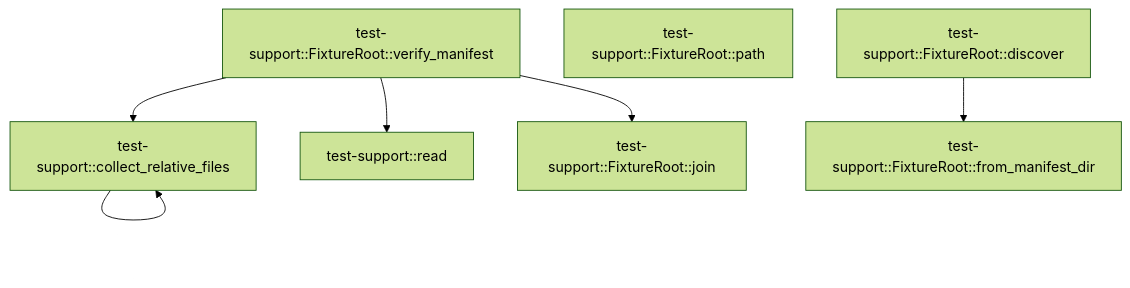
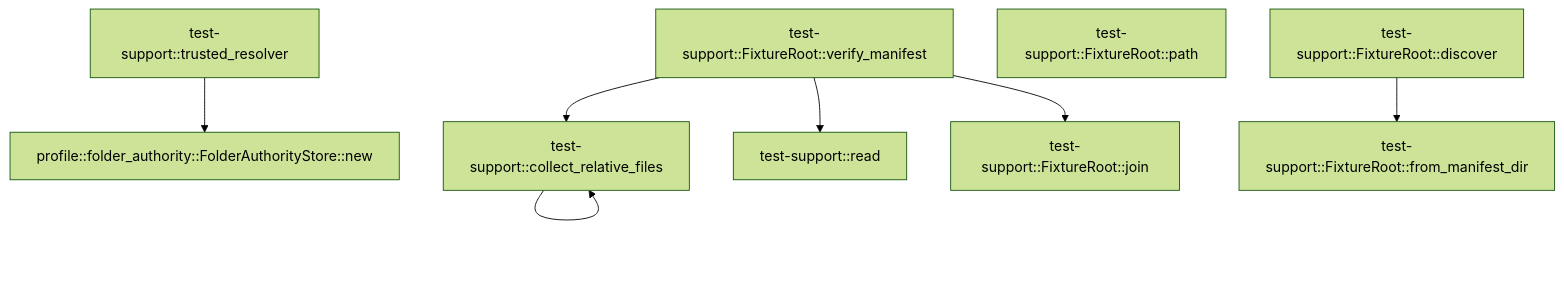
The diagram in crates/test-support/docs/generated/src--lib.md (TekesApps/TekesKernel), drawn with Mermaid (forest theme) before and after one commit. The commit also changed other lines of this file and 147 other files, not shown here.

````diff
--- a/crates/test-support/docs/generated/src--lib.md
+++ b/crates/test-support/docs/generated/src--lib.md
@@ -50,15 +53,18 @@
 ```mermaid
 flowchart TD
-  n0["test-support::collect_relative_files"]
-  n1["test-support::read"]
-  n2["test-support::FixtureRoot::discover"]
-  n3["test-support::FixtureRoot::from_manifest_dir"]
-  n4["test-support::FixtureRoot::path"]
-  n5["test-support::FixtureRoot::join"]
-  n6["test-support::FixtureRoot::verify_manifest"]
-  n0 --> n0
-  n2 --> n3
-  n6 --> n0
-  n6 --> n1
-  n6 --> n5
+  n0["profile::folder_authority::FolderAuthorityStore::new"]
+  n1["test-support::collect_relative_files"]
+  n2["test-support::read"]
+  n3["test-support::trusted_resolver"]
+  n4["test-support::FixtureRoot::discover"]
+  n5["test-support::FixtureRoot::from_manifest_dir"]
+  n6["test-support::FixtureRoot::path"]
+  n7["test-support::FixtureRoot::join"]
+  n8["test-support::FixtureRoot::verify_manifest"]
+  n1 --> n1
+  n3 --> n0
+  n4 --> n5
+  n8 --> n1
+  n8 --> n2
+  n8 --> n7
 ```
````
